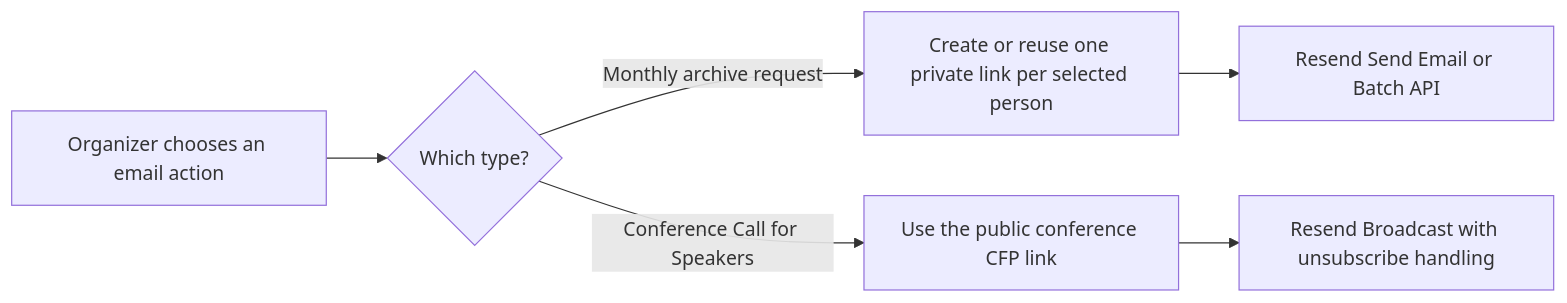
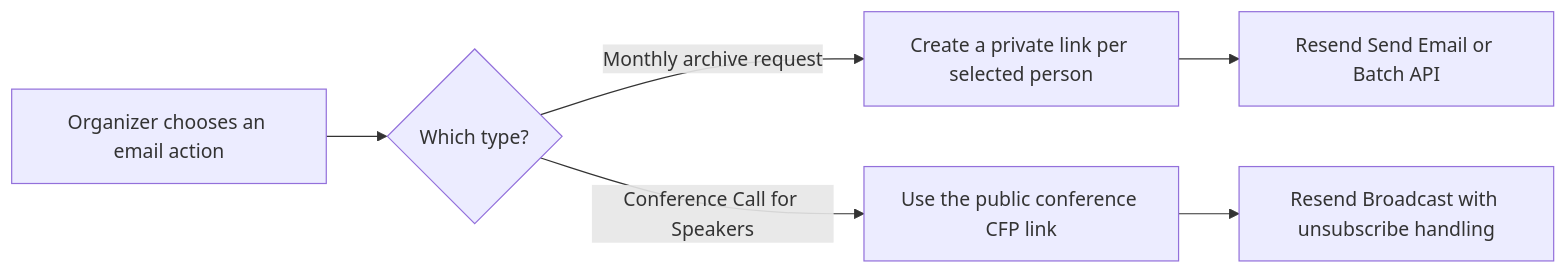
One commit to devcongress/events-management changed the diagram in docs/features/speaker-link-email.md. Above: the diagram before and after it, drawn with Mermaid. The commit also changed other lines of this file and 108 other files, not shown here.

````diff
--- a/docs/features/speaker-link-email.md
+++ b/docs/features/speaker-link-email.md
@@ -20,8 +20,8 @@
 ```mermaid
 flowchart LR
   organizer["Organizer chooses an email action"] --> kind{"Which type?"}
-  kind -->|"Monthly archive request"| privateLink["Create or reuse one private link per selected person"]
+  kind -->|"Monthly archive request"| privateLink["Create a private link per selected person"]
   privateLink --> transactional["Resend Send Email or Batch API"]
   kind -->|"Conference Call for Speakers"| publicForm["Use the public conference CFP link"]
   publicForm --> broadcast["Resend Broadcast with unsubscribe handling"]
 ```
````
